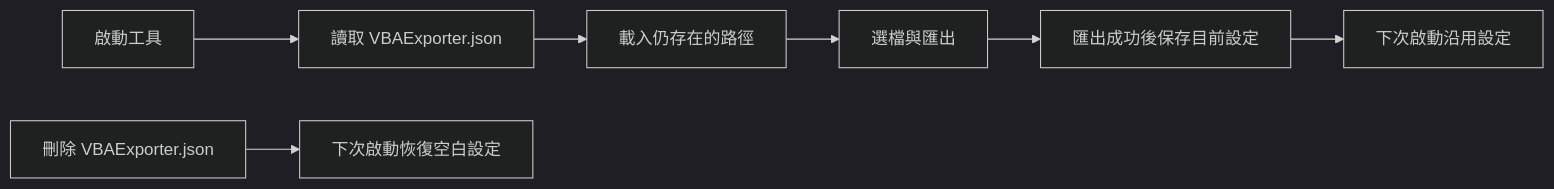
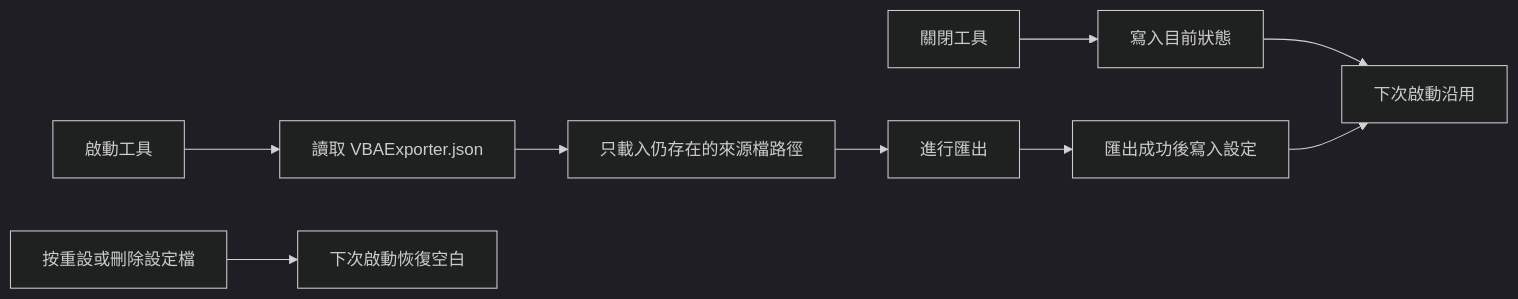
The third of 4 diagrams in README.md (DunkLiao/vba-exporter), drawn with Mermaid (dark theme) before and after one commit. The commit also changed other lines of this file, not shown here.

First line of the commit message:
Rewrite README as a user manual with Mermaid flowcharts

````diff
--- a/README.md
+++ b/README.md
@@ -120,9 +167,11 @@
 ```mermaid
 flowchart LR
     A[啟動工具] --> B[讀取 VBAExporter.json]
-    B --> C[載入仍存在的路徑]
-    C --> D[選檔與匯出]
-    D --> E[匯出成功後保存目前設定]
-    E --> F[下次啟動沿用設定]
-    G[刪除 VBAExporter.json] --> H[下次啟動恢復空白設定]
+    B --> C[只載入仍存在的來源檔路徑]
+    C --> D[進行匯出]
+    D --> E[匯出成功後寫入設定]
+    F[關閉工具] --> G[寫入目前狀態]
+    G --> H[下次啟動沿用]
+    E --> H
+    I[按重設或刪除設定檔] --> J[下次啟動恢復空白]
 ```
````
